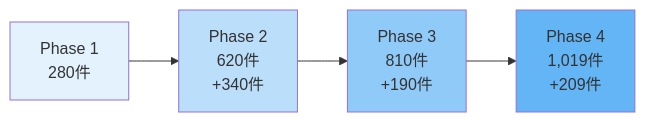
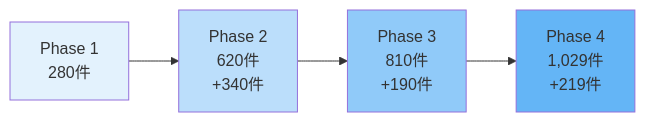
The second of 3 diagrams in docs/articles/13-testing-strategy.md (kumagoro1202/nablarch-mcp-server), drawn with Mermaid before and after one commit. The commit also changed other lines of this file and 8 other files, not shown here.

````diff
--- a/docs/articles/13-testing-strategy.md
+++ b/docs/articles/13-testing-strategy.md
@@ -73,11 +73,11 @@
 ```mermaid
 graph LR
     A[Phase 1<br/>280件] --> B[Phase 2<br/>620件<br/>+340件]
     B --> C[Phase 3<br/>810件<br/>+190件]
-    C --> D[Phase 4<br/>1,019件<br/>+209件]
+    C --> D[Phase 4<br/>1,029件<br/>+219件]
 
     style A fill:#e3f2fd
     style B fill:#bbdefb
     style C fill:#90caf9
     style D fill:#64b5f6
 ```
````
